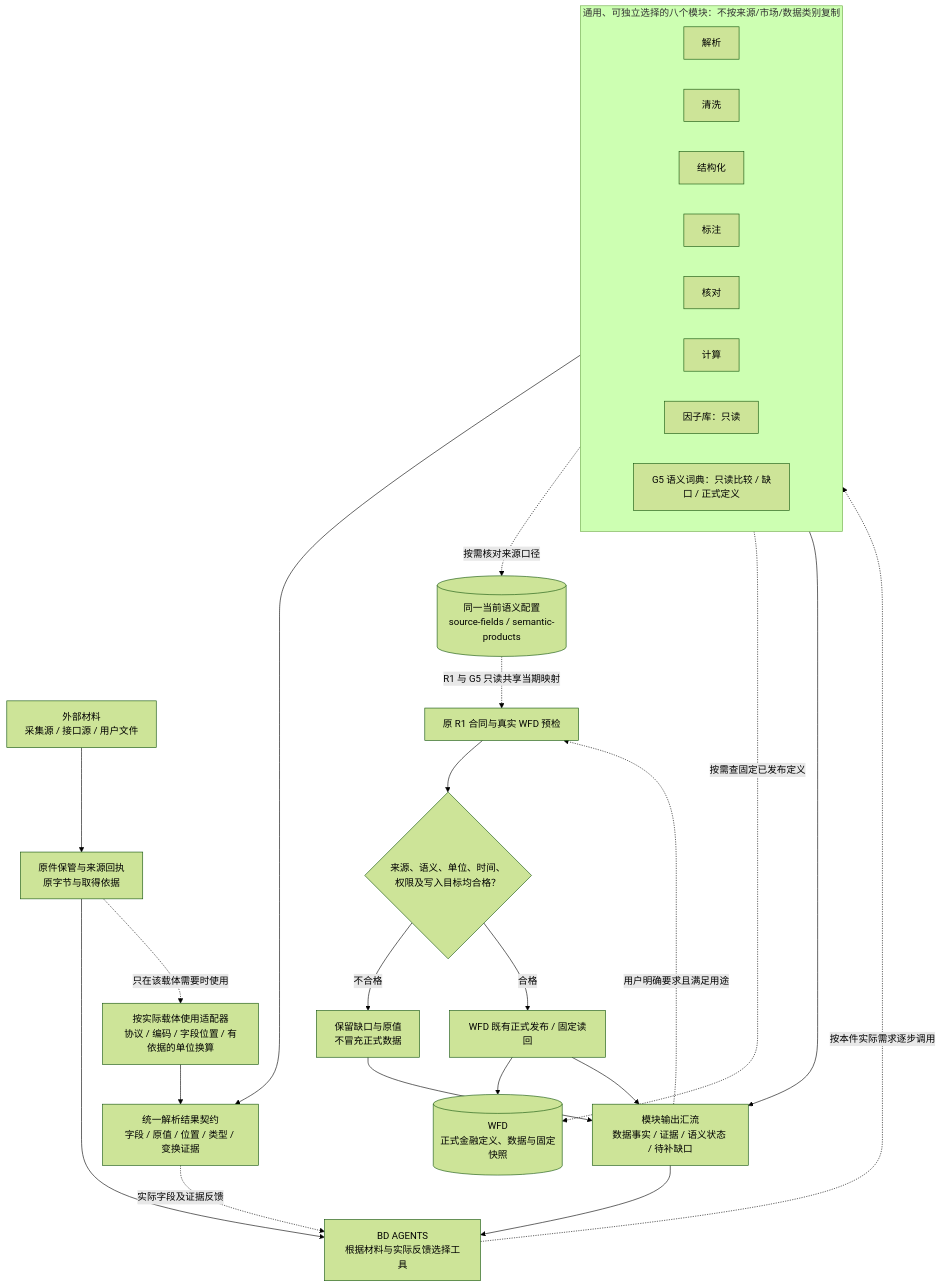
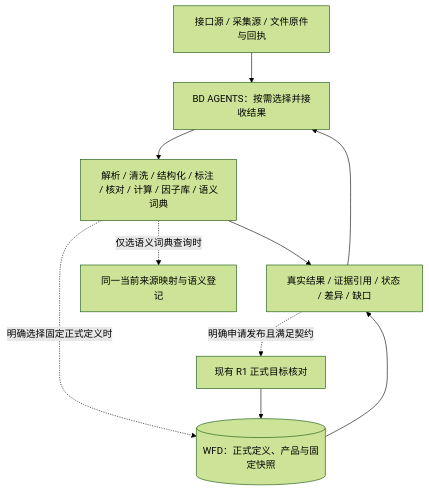
Before and after one commit to 825695323-svg/xuan-BD: the diagram in docs/SOURCE-SEMANTIC-ADOPTION.md, drawn with Mermaid (forest theme). The commit also changed other lines of this file and 10 other files, not shown here.

First line of the commit message:
refactor(BD): unify semantic dictionary and stable source feedback framework

````diff
--- a/docs/SOURCE-SEMANTIC-ADOPTION.md
+++ b/docs/SOURCE-SEMANTIC-ADOPTION.md
@@ -11,44 +15,19 @@
 ```mermaid
 flowchart TB
-    AG["BD AGENTS<br/>根据材料与实际反馈选择工具"]
-    INPUT["外部材料<br/>采集源 / 接口源 / 用户文件"]
-    RAW["原件保管与来源回执<br/>原字节与取得依据"]
-    DECODE["按实际载体使用适配器<br/>协议 / 编码 / 字段位置 / 有依据的单位换算"]
-    COMMON["统一解析结果契约<br/>字段 / 原值 / 位置 / 类型 / 变换证据"]
-    CFG[("同一当前语义配置<br/>source-fields / semantic-products")]
-    WFD[("WFD<br/>正式金融定义、数据与固定快照")]
-
-    INPUT --> RAW
-    RAW --> AG
-    RAW -. "只在该载体需要时使用" .-> DECODE
-    DECODE --> COMMON
-
-    subgraph MODULES["通用、可独立选择的八个模块：不按来源/市场/数据类别复制"]
-      direction LR
-      P["解析"]
-      C["清洗"]
-      S["结构化"]
-      A["标注"]
-      K["核对"]
-      X["计算"]
-      F["因子库：只读"]
-      G5["G5 语义词典：只读比较 / 缺口 / 正式定义"]
-    end
-
-    AG -. "按本件实际需求逐步调用" .-> MODULES
-    P --> COMMON
-    COMMON -. "实际字段及证据反馈" .-> AG
-    G5 -. "按需核对来源口径" .-> CFG
-    G5 -. "按需查固定已发布定义" .-> WFD
-    MODULES --> FEEDBACK["模块输出汇流<br/>数据事实 / 证据 / 语义状态 / 待补缺口"]
-    FEEDBACK --> AG
-
-    FEEDBACK -. "用户明确要求且满足用途" .-> R1["原 R1 合同与真实 WFD 预检"]
-    CFG -. "R1 与 G5 只读共享当期映射" .-> R1
-    R1 --> GATE{"来源、语义、单位、时间、权限及写入目标均合格？"}
-    GATE -->|"不合格"| GAP["保留缺口与原值<br/>不冒充正式数据"]
-    GAP --> FEEDBACK
-    GATE -->|"合格"| PUBLISH["WFD 既有正式发布 / 固定读回"]
-    PUBLISH --> WFD
-    PUBLISH --> FEEDBACK
+    AG["BD AGENTS：按需选择并接收结果"]
+    INPUT["接口源 / 采集源 / 文件原件与回执"]
+    MOD["解析 / 清洗 / 结构化 / 标注 / 核对 / 计算 / 因子库 / 语义词典"]
+    RES["真实结果 / 证据引用 / 状态 / 差异 / 缺口"]
+    DICT["同一当前来源映射与语义登记"]
+    R1["现有 R1 正式目标核对"]
+    WFD[("WFD：正式定义、产品与固定快照")]
+    INPUT --> AG
+    AG --> MOD
+    MOD --> RES
+    RES --> AG
+    MOD -. "仅选语义词典查询时" .-> DICT
+    MOD -. "明确选择固定正式定义时" .-> WFD
+    RES -. "明确申请发布且满足契约" .-> R1
+    R1 --> WFD
+    WFD --> RES
 ```
````
